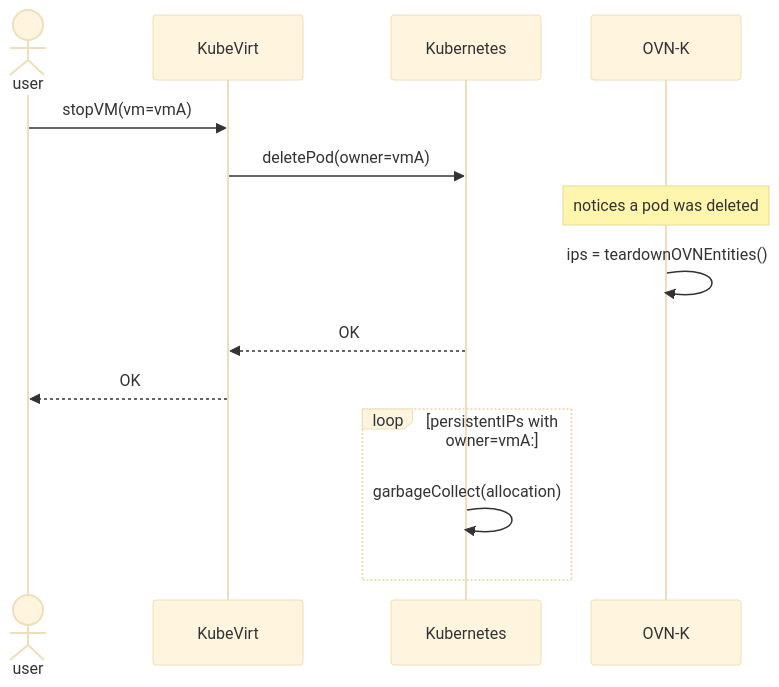
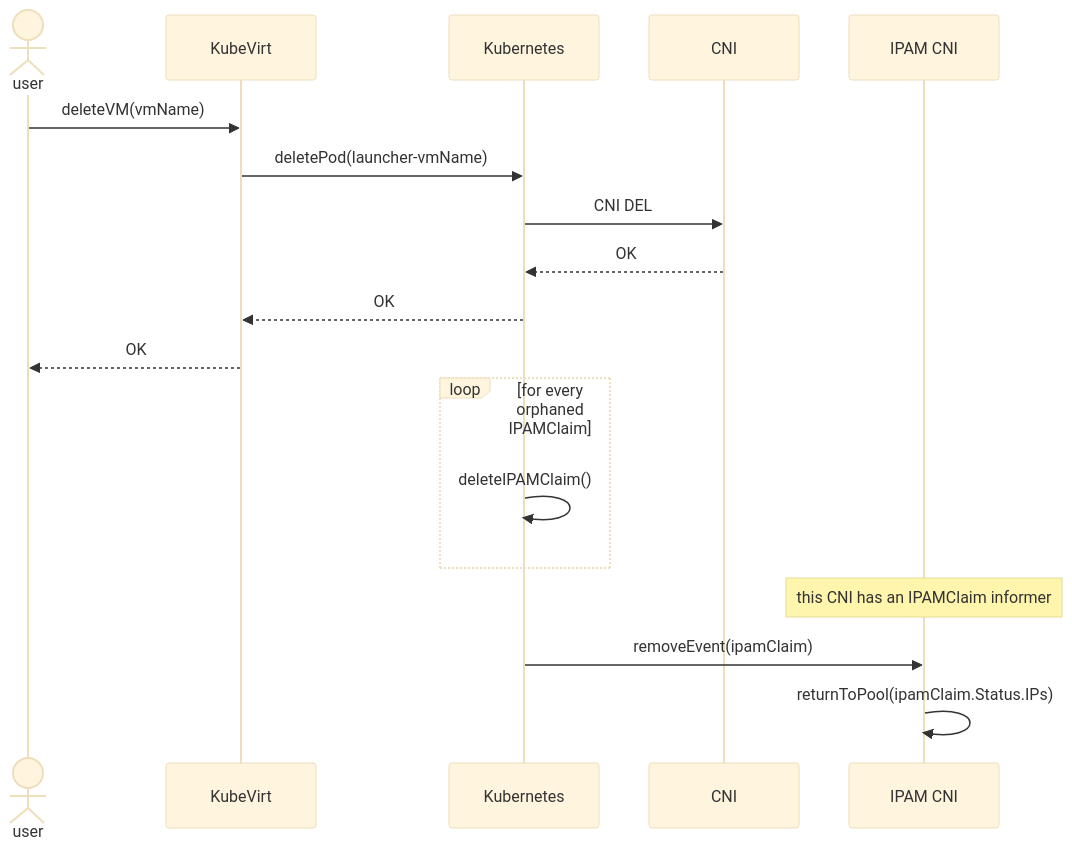
The fourth of 15 diagrams in enhancements/network/persistent-ips-sdn-secondary-networks.md (openshift/enhancements), drawn with Mermaid (base theme) before and after one commit. The commit also changed other lines of this file, not shown here.

````diff
--- a/enhancements/network/persistent-ips-sdn-secondary-networks.md
+++ b/enhancements/network/persistent-ips-sdn-secondary-networks.md
@@ -159,20 +235,29 @@
 ```mermaid
 sequenceDiagram
 
-actor user
+  actor user
+  participant KubeVirt
+  participant Kubernetes
+  participant CNI
+  participant IPAM CNI
 
-user ->> KubeVirt: stopVM(vm=vmA)
+  user->>KubeVirt: deleteVM(vmName)
 
-KubeVirt ->> Kubernetes: deletePod(owner=vmA)
+  KubeVirt->>Kubernetes: deletePod(launcher-vmName)
 
-note over OVN-K: notices a pod was deleted
-OVN-K ->> OVN-K: ips = teardownOVNEntities()
+  Kubernetes->>CNI: CNI DEL
+  CNI-->>Kubernetes: OK
 
-Kubernetes -->> KubeVirt: OK
+  Kubernetes-->>KubeVirt: OK
 
-KubeVirt -->> user: OK
+  KubeVirt-->>user: OK
 
-loop persistentIPs with owner=vmA:
-    Kubernetes ->> Kubernetes: garbageCollect(allocation)
-end
+  loop for every orphaned IPAMClaim
+    Kubernetes->>Kubernetes: deleteIPAMClaim()
+  end
+
+  note over IPAM CNI: this CNI has an IPAMClaim informer
+
+Kubernetes->>IPAM CNI: removeEvent(ipamClaim)
+IPAM CNI->>IPAM CNI: returnToPool(ipamClaim.Status.IPs)
 ```
````
